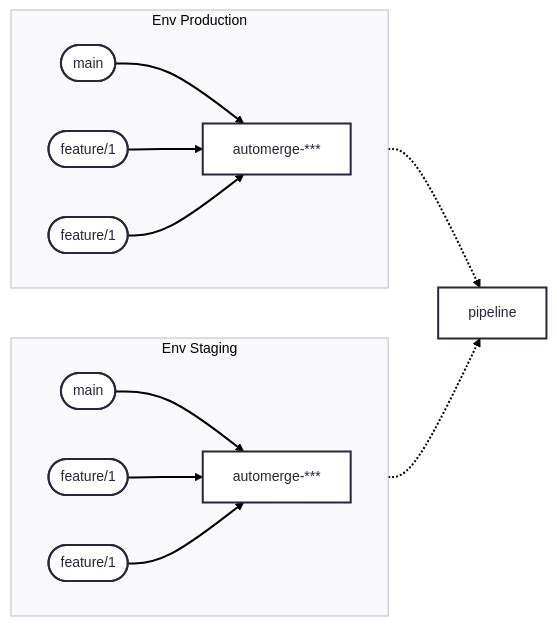
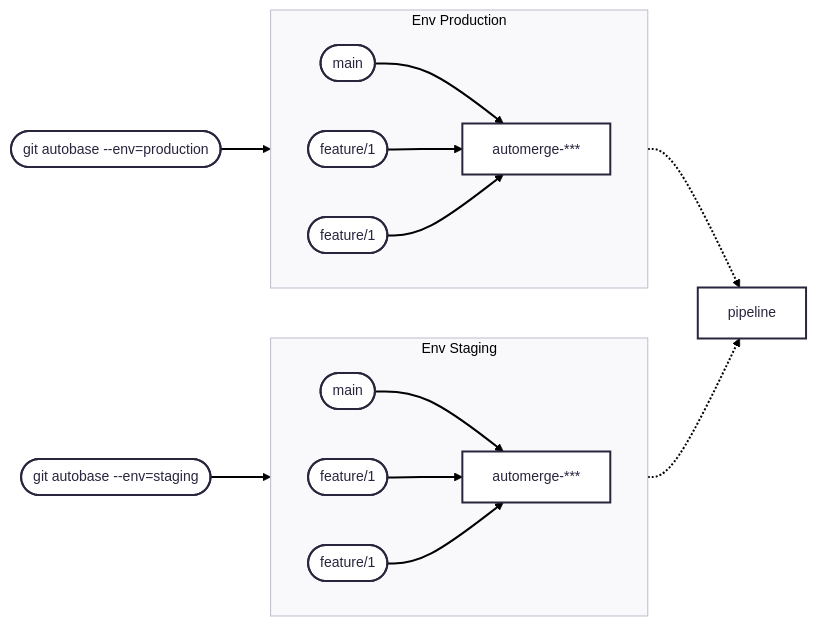
One commit to git-automerge/automerge changed the diagram in README.md. Above: the diagram before and after it, drawn with Mermaid.

````diff
--- a/README.md
+++ b/README.md
@@ -76,24 +76,27 @@
 ```mermaid
 ---
 config:
   theme: redux
   layout: dagre
 ---
 flowchart LR
- subgraph LR envStaging["Env Staging"]
+ cliStage(["git autobase --env=staging"]) --> envStage
+ cliProd(["git autobase --env=production"]) --> envProd
+
+ subgraph envStage["Env Staging"]
     direction LR
     stageMain(["main"]) --> stagingAutomerge["automerge-***"]
     stageFeature1(["feature/1"]) --> stagingAutomerge
     stageFeature2(["feature/1"]) --> stagingAutomerge
   end
  
  subgraph envProd["Env Production"]
     direction LR
     prodMain(["main"]) --> prodAutomerge["automerge-***"]
     prodFeature1(["feature/1"]) --> prodAutomerge
     prodFeature2(["feature/1"]) --> prodAutomerge
   end
 
 stagingAutomerge -.-> pipeline
 prodAutomerge -.-> pipeline
 ```
````
